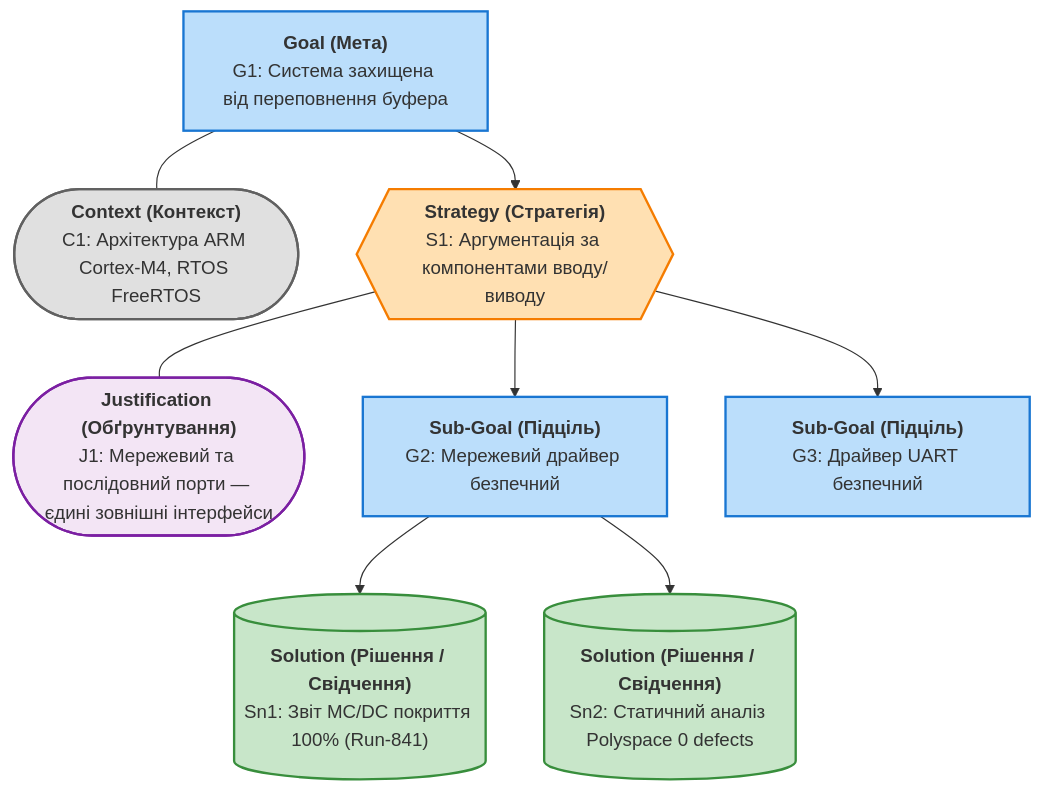
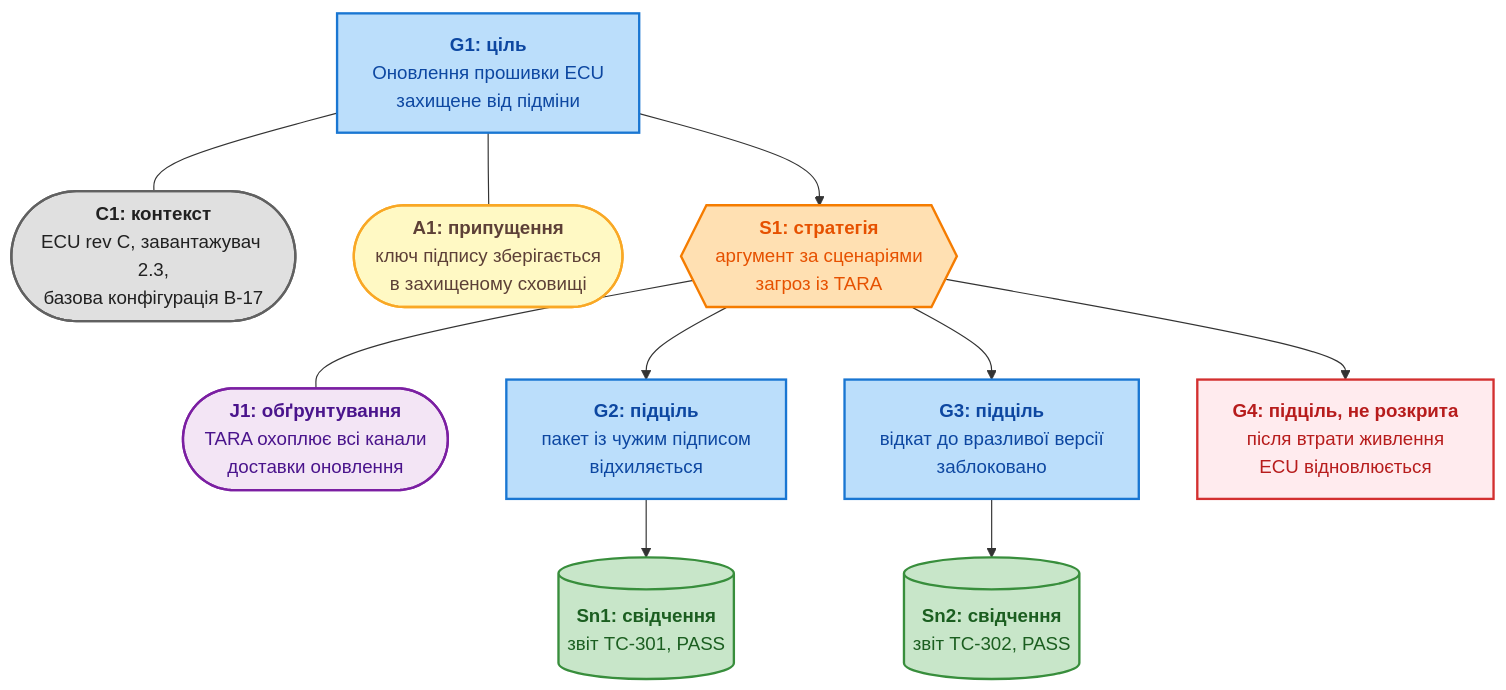
Before and after one commit to nick-fedchik/articles: the first of 4 diagrams in ExpertSystem/ch27-safety-case-gsn-synthesis.md, drawn with Mermaid. The commit also changed other lines of this file, not shown here.

````diff
--- a/ExpertSystem/ch27-safety-case-gsn-synthesis.md
+++ b/ExpertSystem/ch27-safety-case-gsn-synthesis.md
@@ -32,28 +43,34 @@
 ```mermaid
 flowchart TD
-    accTitle: Основні елементи нотації GSN
-    accDescr: Структура елементів Goal Structuring Notation від мети й стратегії до контексту та інженерного рішення.
+    accTitle: Аргумент GSN для захищеного оновлення прошивки
+    accDescr: Ціль G1 у контексті C1 з припущенням A1 розкладається стратегією S1 з обґрунтуванням J1 на три підцілі; дві підцілі мають свідчення, а підціль G4 ще не розкрита.
 
-    G1["<b>Goal (Мета)</b><br/>G1: Система захищена від переповнення буфера"]:::goal
-    C1(["<b>Context (Контекст)</b><br/>C1: Архітектура ARM Cortex-M4, RTOS FreeRTOS"]):::context
-    S1{{"<b>Strategy (Стратегія)</b><br/>S1: Аргументація за компонентами вводу/виводу"}}:::strategy
-    J1(["<b>Justification (Обґрунтування)</b><br/>J1: Мережевий та послідовний порти — єдині зовнішні інтерфейси"]):::just
-    G2["<b>Sub-Goal (Підціль)</b><br/>G2: Мережевий драйвер безпечний"]:::goal
-    G3["<b>Sub-Goal (Підціль)</b><br/>G3: Драйвер UART безпечний"]:::goal
-    Sn1[("<b>Solution (Рішення / Свідчення)</b><br/>Sn1: Звіт MC/DC покриття 100% (Run-841)")]:::solution
-    Sn2[("<b>Solution (Рішення / Свідчення)</b><br/>Sn2: Статичний аналіз Polyspace 0 defects")]:::solution
+    G1["<b>G1: ціль</b><br/>Оновлення прошивки ECU<br/>захищене від підміни"]:::goal
+    C1(["<b>C1: контекст</b><br/>ECU rev C, завантажувач 2.3,<br/>базова конфігурація B-17"]):::context
+    A1(["<b>A1: припущення</b><br/>ключ підпису зберігається<br/>в захищеному сховищі"]):::assume
+    S1{{"<b>S1: стратегія</b><br/>аргумент за сценаріями<br/>загроз із TARA"}}:::strategy
+    J1(["<b>J1: обґрунтування</b><br/>TARA охоплює всі канали<br/>доставки оновлення"]):::just
+    G2["<b>G2: підціль</b><br/>пакет із чужим підписом<br/>відхиляється"]:::goal
+    G3["<b>G3: підціль</b><br/>відкат до вразливої версії<br/>заблоковано"]:::goal
+    G4["<b>G4: підціль, не розкрита</b><br/>після втрати живлення<br/>ECU відновлюється"]:::open
+    Sn1[("<b>Sn1: свідчення</b><br/>звіт TC-301, PASS")]:::solution
+    Sn2[("<b>Sn2: свідчення</b><br/>звіт TC-302, PASS")]:::solution
 
     G1 --- C1
+    G1 --- A1
     G1 --> S1
     S1 --- J1
     S1 --> G2
     S1 --> G3
+    S1 --> G4
     G2 --> Sn1
-    G2 --> Sn2
+    G3 --> Sn2
 
-    classDef goal fill:#bbdefb,stroke:#1976d2,stroke-width:2px;
-    classDef strategy fill:#ffe0b2,stroke:#f57c00,stroke-width:2px;
-    classDef context fill:#e0e0e0,stroke:#616161,stroke-width:2px;
-    classDef just fill:#f3e5f5,stroke:#7b1fa2,stroke-width:2px;
-    classDef solution fill:#c8e6c9,stroke:#388e3c,stroke-width:2px;
+    classDef goal fill:#bbdefb,stroke:#1976d2,stroke-width:2px,color:#0d47a1;
+    classDef open fill:#ffebee,stroke:#d32f2f,stroke-width:2px,color:#b71c1c;
+    classDef strategy fill:#ffe0b2,stroke:#f57c00,stroke-width:2px,color:#e65100;
+    classDef context fill:#e0e0e0,stroke:#616161,stroke-width:2px,color:#212121;
+    classDef assume fill:#fff9c4,stroke:#f9a825,stroke-width:2px,color:#5d4037;
+    classDef just fill:#f3e5f5,stroke:#7b1fa2,stroke-width:2px,color:#4a148c;
+    classDef solution fill:#c8e6c9,stroke:#388e3c,stroke-width:2px,color:#1b5e20;
 ```
````
